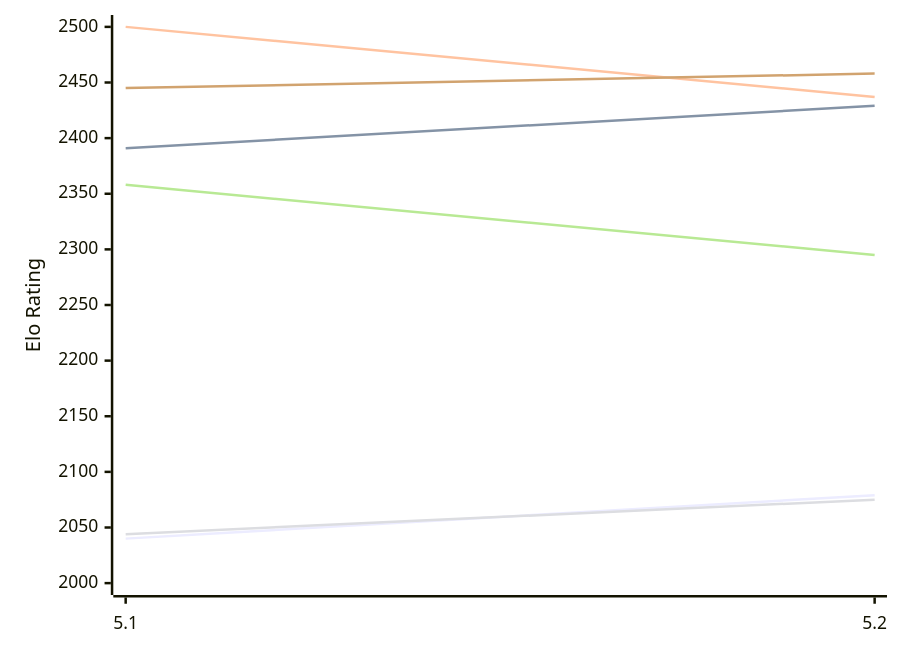
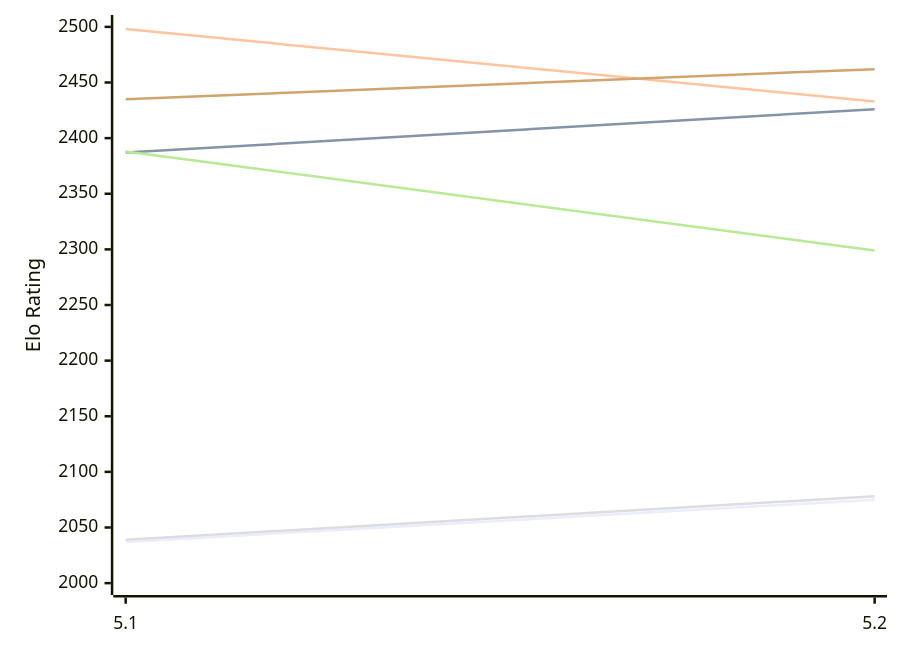
One commit to computer-chess-index/cci changed the first of 2 diagrams in engines/Prophet.md. Above: the diagram before and after it, drawn with Mermaid. The commit also changed other lines of this file, not shown here.

Commit message:
Update CCI Ratings (ELO VLTC) - 2026-11-21

````diff
--- a/engines/Prophet.md
+++ b/engines/Prophet.md
@@ -50,12 +50,12 @@
 ```mermaid
 %%{init: {"theme":"base","themeVariables":{"seriesColors:['#a3a3a3','#222221','#faa371']}}}%%
 xychart-beta
   x-axis ["5.1", "5.2"]
   y-axis "Elo Rating" 2000 --> 2500
-  line "E1: STC (8.0+0.08s)" [2040, 2079]
-  line "E1: LTC (60.0+0.60s)" [2391, 2429]
-  line "E1: VLTC (2m24s+1.12s)" [2500, 2437]
-  line "P1: STC (8.0+0.08s)" [2044, 2075]
-  line "P1: LTC (60.0+0.60s)" [2358, 2295]
-  line "P1: VLTC (2m24s+1.12s)" [2445, 2458]
+  line "E1: STC (8.0+0.08s)" [2037, 2075]
+  line "E1: LTC (60.0+0.60s)" [2387, 2426]
+  line "E1: VLTC (2m24s+1.12s)" [2498, 2433]
+  line "P1: STC (8.0+0.08s)" [2039, 2078]
+  line "P1: LTC (60.0+0.60s)" [2388, 2299]
+  line "P1: VLTC (2m24s+1.12s)" [2435, 2462]
 ```
````
